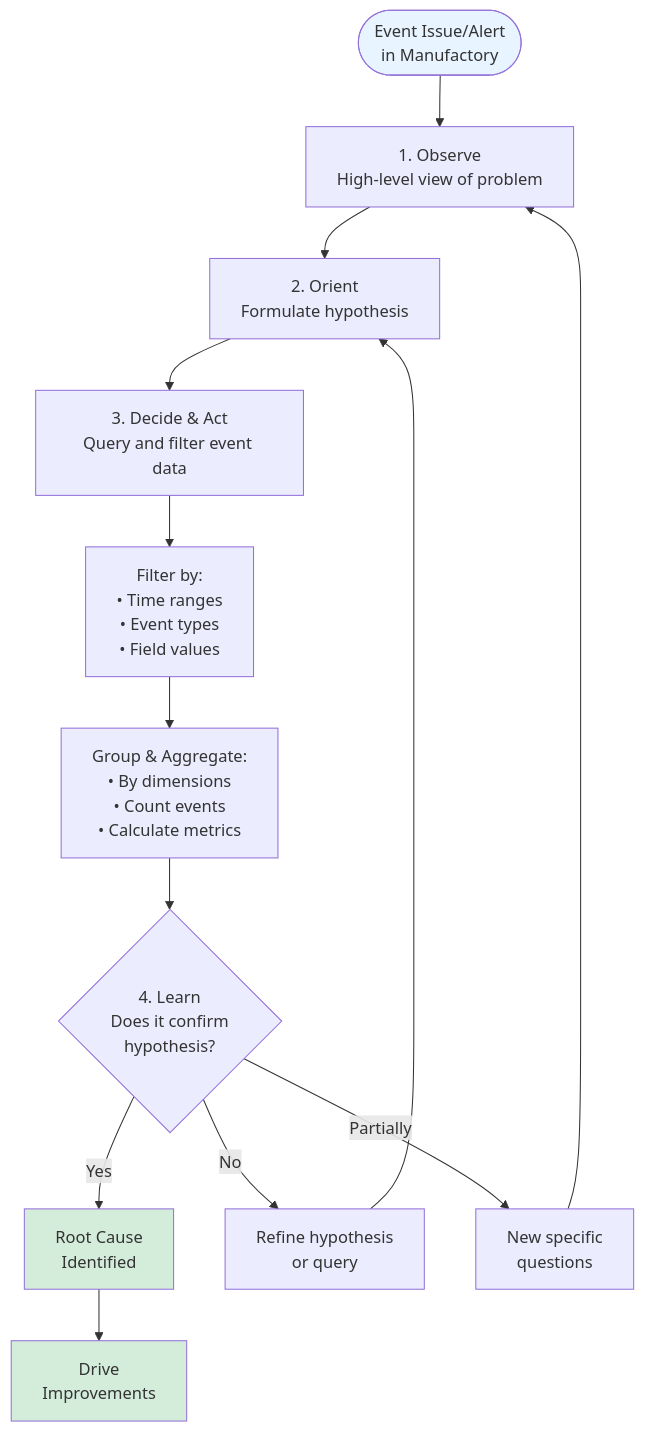
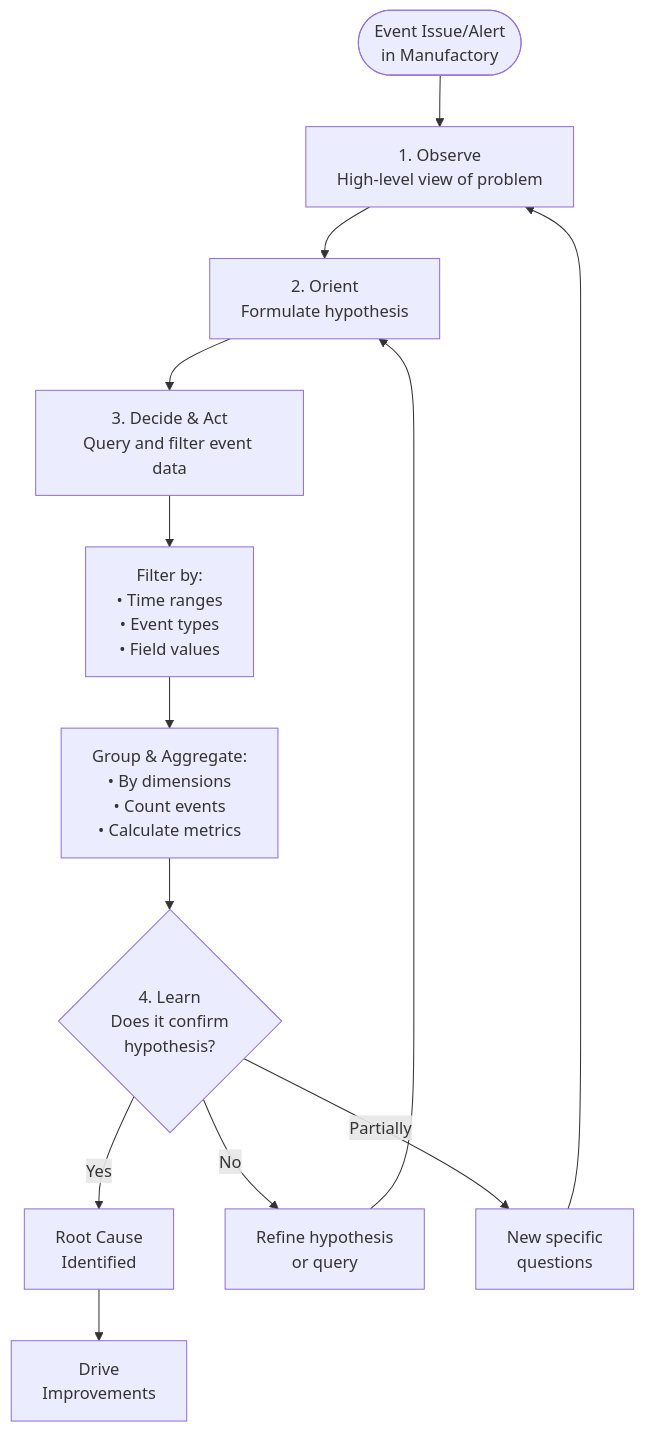
The diagram in src/content/docs/manufactory/best-practices/analyzing-events-and-deriving-insights.mdx (tallyfy/documentation), drawn with Mermaid before and after one commit. The commit also changed 5 other files, not shown here.

First line of the commit message:
Remove all style directives from Mermaid diagrams in final 6 documentation files

````diff
--- a/src/content/docs/manufactory/best-practices/analyzing-events-and-deriving-insights.mdx
+++ b/src/content/docs/manufactory/best-practices/analyzing-events-and-deriving-insights.mdx
@@ -42,30 +42,26 @@
 ```mermaid
 flowchart TD
     Start([Event Issue/Alert<br/>in Manufactory]) --> Observe[1. Observe<br/>High-level view of problem]
     
     Observe --> Orient[2. Orient<br/>Formulate hypothesis]
     
     Orient --> Decide[3. Decide & Act<br/>Query and filter event data]
     
     Decide --> Filter[Filter by:<br/>• Time ranges<br/>• Event types<br/>• Field values]
     
     Filter --> Group[Group & Aggregate:<br/>• By dimensions<br/>• Count events<br/>• Calculate metrics]
     
     Group --> Learn{4. Learn<br/>Does it confirm<br/>hypothesis?}
     
     Learn -->|Yes| Answer[Root Cause<br/>Identified]
     Learn -->|No| Refine[Refine hypothesis<br/>or query]
     
     Refine --> Orient
     Learn -->|Partially| Deeper[New specific<br/>questions]
     Deeper --> Observe
     
     Answer --> Action[Drive<br/>Improvements]
     
-    style Start fill:#E8F4FF
-    style Answer fill:#D4EDDA
-    style Action fill:#D4EDDA
-    
     click Filter "/products/manufactory/best-practices/understanding-structured-events/" "Learn about structured events"
     click Action "#from-analysis-to-action" "Jump to action items"
 ```
````
